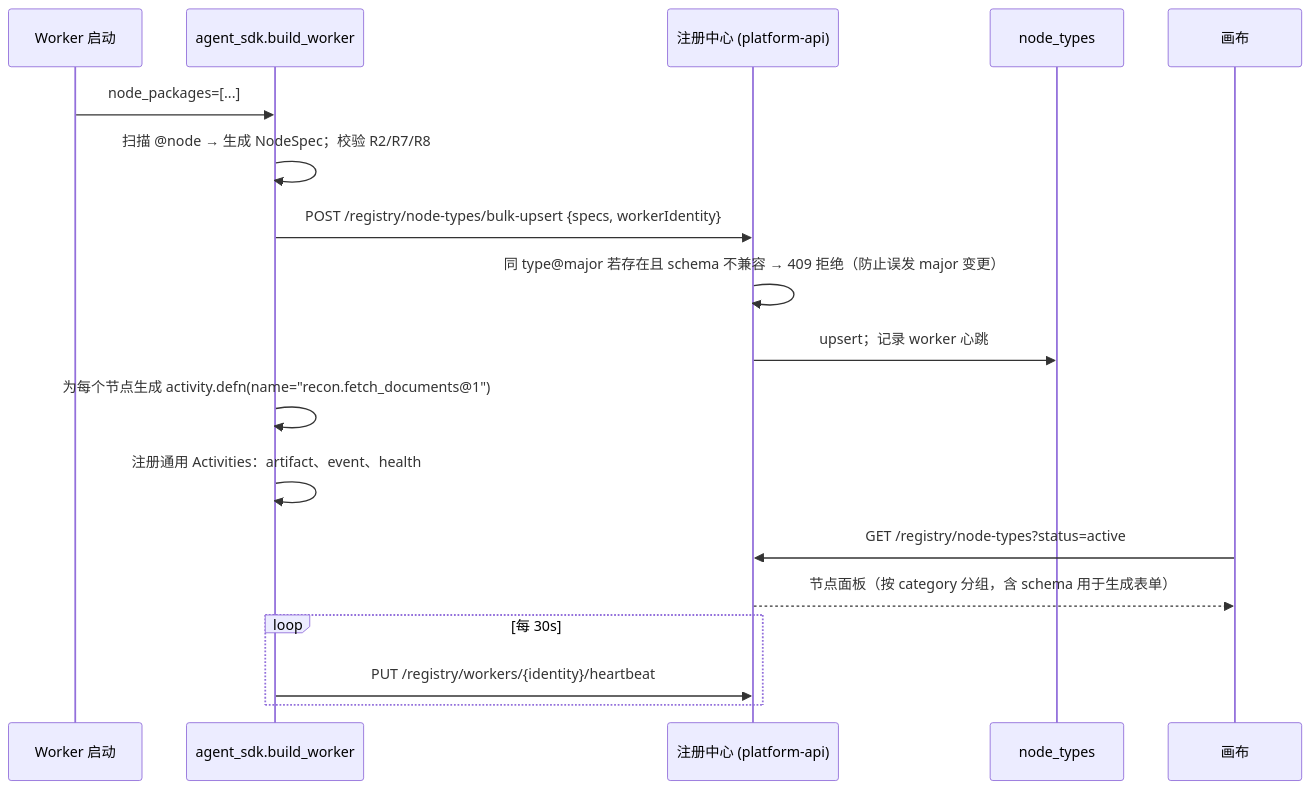
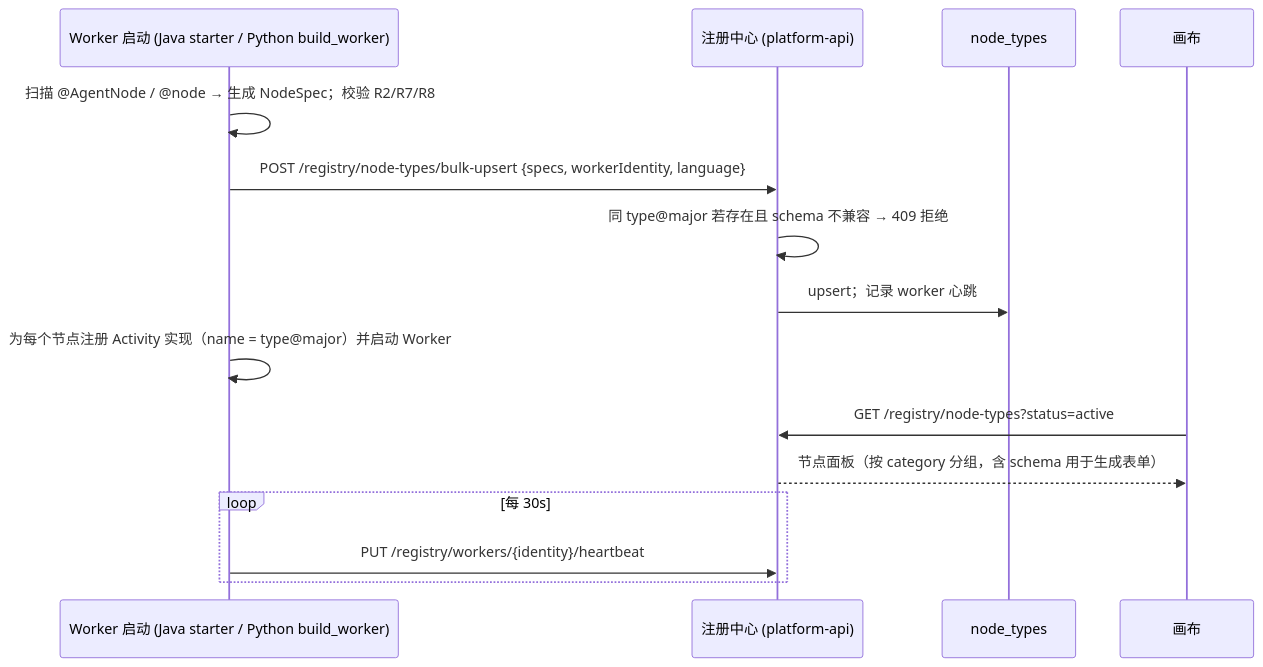
One commit to so6662001/AIFoundationNew changed the diagram in docs/02-原子节点注册SDK规范.md. Above: the diagram before and after it, drawn with Mermaid. The commit also changed other lines of this file and 13 other files, not shown here.

````diff
--- a/docs/02-原子节点注册SDK规范.md
+++ b/docs/02-原子节点注册SDK规范.md
@@ -149,21 +234,18 @@
 ```mermaid
 sequenceDiagram
-  participant W as Worker 启动
-  participant S as agent_sdk.build_worker
+  participant W as Worker 启动 (Java starter / Python build_worker)
   participant R as 注册中心 (platform-api)
   participant DB as node_types
   participant FE as 画布
 
-  W->>S: node_packages=[...]
-  S->>S: 扫描 @node → 生成 NodeSpec；校验 R2/R7/R8
-  S->>R: POST /registry/node-types/bulk-upsert {specs, workerIdentity}
-  R->>R: 同 type@major 若存在且 schema 不兼容 → 409 拒绝（防止误发 major 变更）
+  W->>W: 扫描 @AgentNode / @node → 生成 NodeSpec；校验 R2/R7/R8
+  W->>R: POST /registry/node-types/bulk-upsert {specs, workerIdentity, language}
+  R->>R: 同 type@major 若存在且 schema 不兼容 → 409 拒绝
   R->>DB: upsert；记录 worker 心跳
-  S->>S: 为每个节点生成 activity.defn(name="recon.fetch_documents@1")
-  S->>S: 注册通用 Activities：artifact、event、health
+  W->>W: 为每个节点注册 Activity 实现（name = type@major）并启动 Worker
   FE->>R: GET /registry/node-types?status=active
   R-->>FE: 节点面板（按 category 分组，含 schema 用于生成表单）
   loop 每 30s
-    S->>R: PUT /registry/workers/{identity}/heartbeat
+    W->>R: PUT /registry/workers/{identity}/heartbeat
   end
 ```
````
